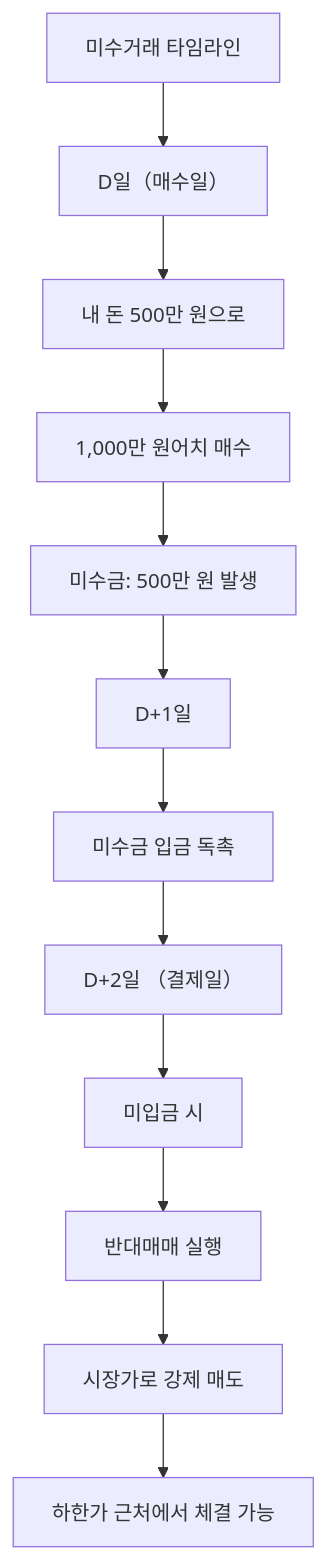
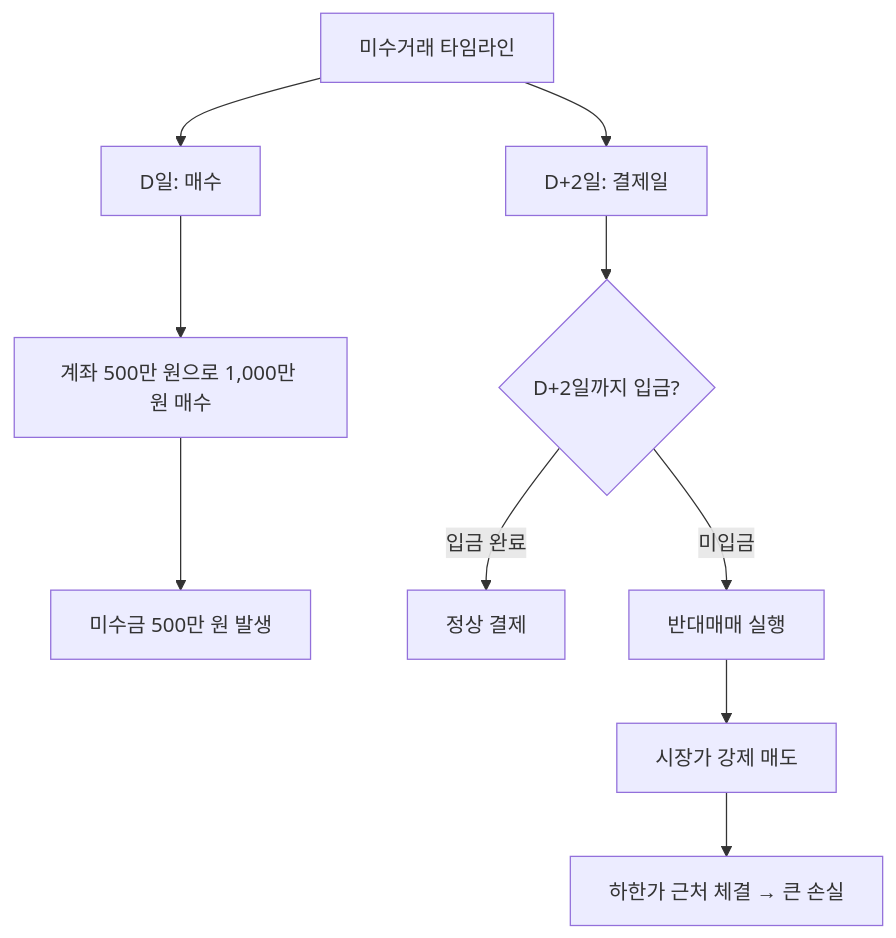
One commit to yeongseon/stock-visual-note changed the diagram in content/stock-terms/ko/level-02-market-trading/unsettled-trading.md. Above: the diagram before and after it, drawn with Mermaid. The commit also changed other lines of this file and 96 other files, not shown here.

Commit message:
Rewrite all 98 remaining articles: branching Mermaid diagrams, natural search_intent, compelling seo_titles, clean descriptions

````diff
--- a/content/stock-terms/ko/level-02-market-trading/unsettled-trading.md
+++ b/content/stock-terms/ko/level-02-market-trading/unsettled-trading.md
@@ -53,26 +53,13 @@
 ```mermaid
 graph TD
-    A0["미수거래 타임라인"]
-    A1["D일（매수일）"]
-    A2["내 돈 500만 원으로"]
-    A3["1,000만 원어치 매수"]
-    A4["미수금: 500만 원 발생"]
-    A5["D+1일"]
-    A6["미수금 입금 독촉"]
-    A7["D+2일 （결제일）"]
-    A8["미입금 시"]
-    A9["반대매매 실행"]
-    A10["시장가로 강제 매도"]
-    A11["하한가 근처에서 체결 가능"]
-    A0 --> A1
-    A1 --> A2
-    A2 --> A3
-    A3 --> A4
-    A4 --> A5
-    A5 --> A6
-    A6 --> A7
-    A7 --> A8
-    A8 --> A9
-    A9 --> A10
-    A10 --> A11
+    A["미수거래 타임라인"]
+    A --> B["D일: 매수"]
+    A --> C["D+2일: 결제일"]
+    B --> D["계좌 500만 원으로 1,000만 원 매수"]
+    D --> E["미수금 500만 원 발생"]
+    C --> F{"D+2일까지 입금?"}
+    F -->|입금 완료| G["정상 결제"]
+    F -->|미입금| H["반대매매 실행"]
+    H --> I["시장가 강제 매도"]
+    I --> J["하한가 근처 체결 → 큰 손실"]
 ```
````
